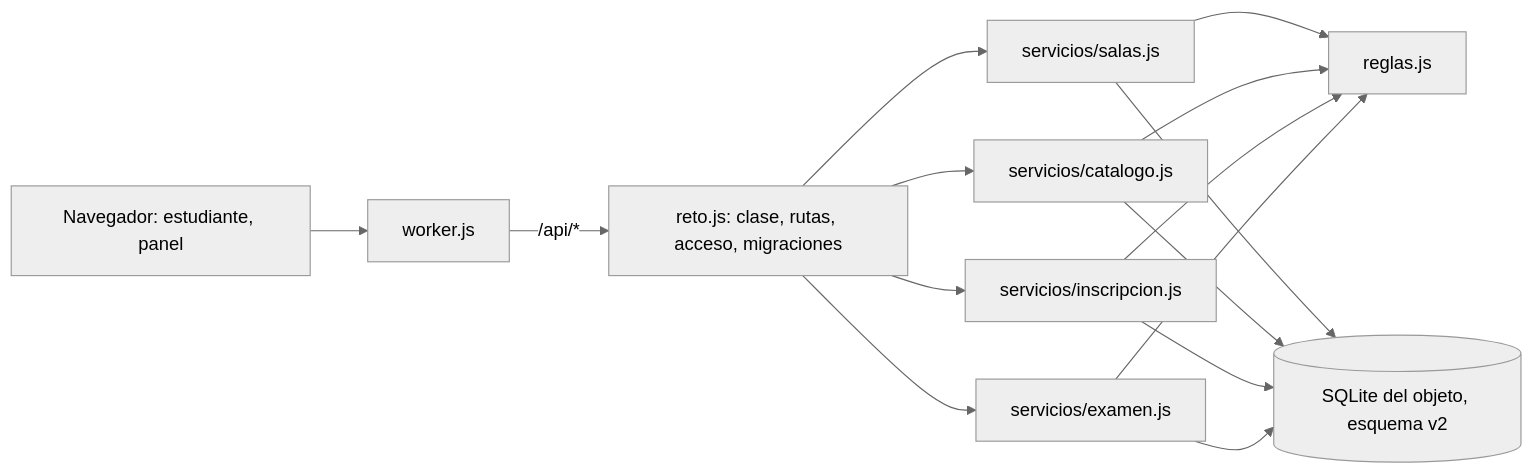
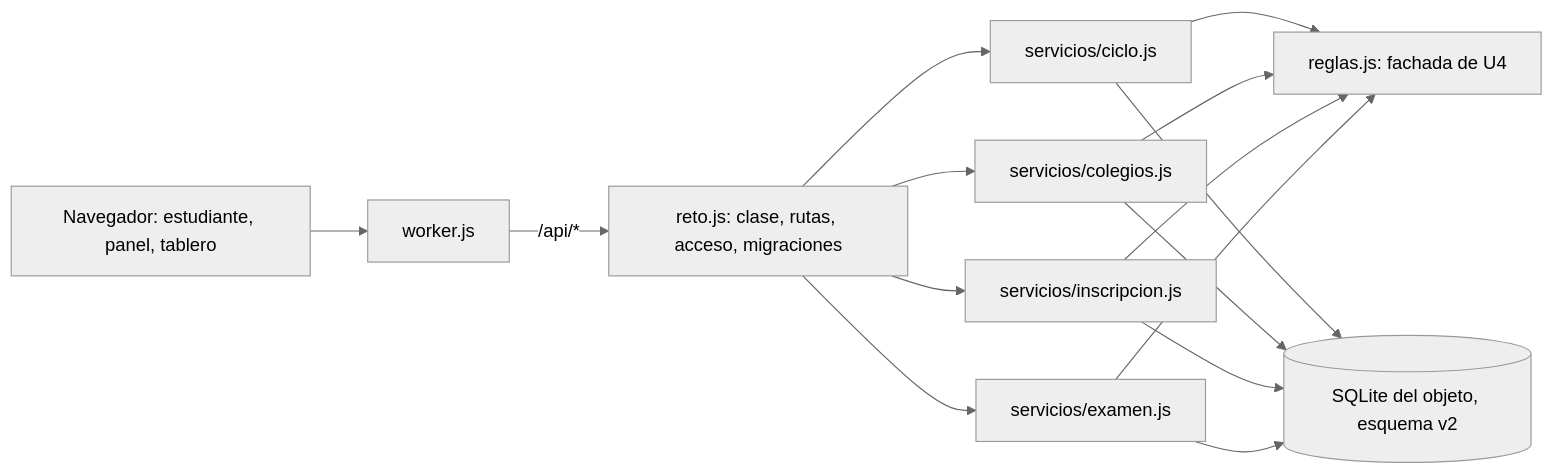
One commit to statistical-engineering/iest-sem-reto-desinformacion-colegios changed the diagram in aidlc/spaces/default/intents/261024-publicar-reto-nube/construction/u5-cloudflare-salas/nfr-design/logical-components.md. Above: the diagram before and after it, drawn with Mermaid (neutral theme). The commit also changed other lines of this file and 114 other files, not shown here.

````diff
--- a/aidlc/spaces/default/intents/261024-publicar-reto-nube/construction/u5-cloudflare-salas/nfr-design/logical-components.md
+++ b/aidlc/spaces/default/intents/261024-publicar-reto-nube/construction/u5-cloudflare-salas/nfr-design/logical-components.md
@@ -5,17 +10,17 @@
 ```mermaid
 graph LR
-  N[Navegador: estudiante, panel] --> W[worker.js]
+  N[Navegador: estudiante, panel, tablero] --> W[worker.js]
   W -->|/api/*| R[reto.js: clase, rutas, acceso, migraciones]
-  R --> SA[servicios/salas.js]
-  R --> CA[servicios/catalogo.js]
+  R --> CI[servicios/ciclo.js]
+  R --> CO[servicios/colegios.js]
   R --> IN[servicios/inscripcion.js]
   R --> EX[servicios/examen.js]
-  SA --> G[reglas.js]
-  CA --> G
+  CI --> G[reglas.js: fachada de U4]
+  CO --> G
   IN --> G
   EX --> G
-  SA --> Q[(SQLite del objeto, esquema v2)]
-  CA --> Q
+  CI --> Q[(SQLite del objeto, esquema v2)]
+  CO --> Q
   IN --> Q
   EX --> Q
 ```
````
